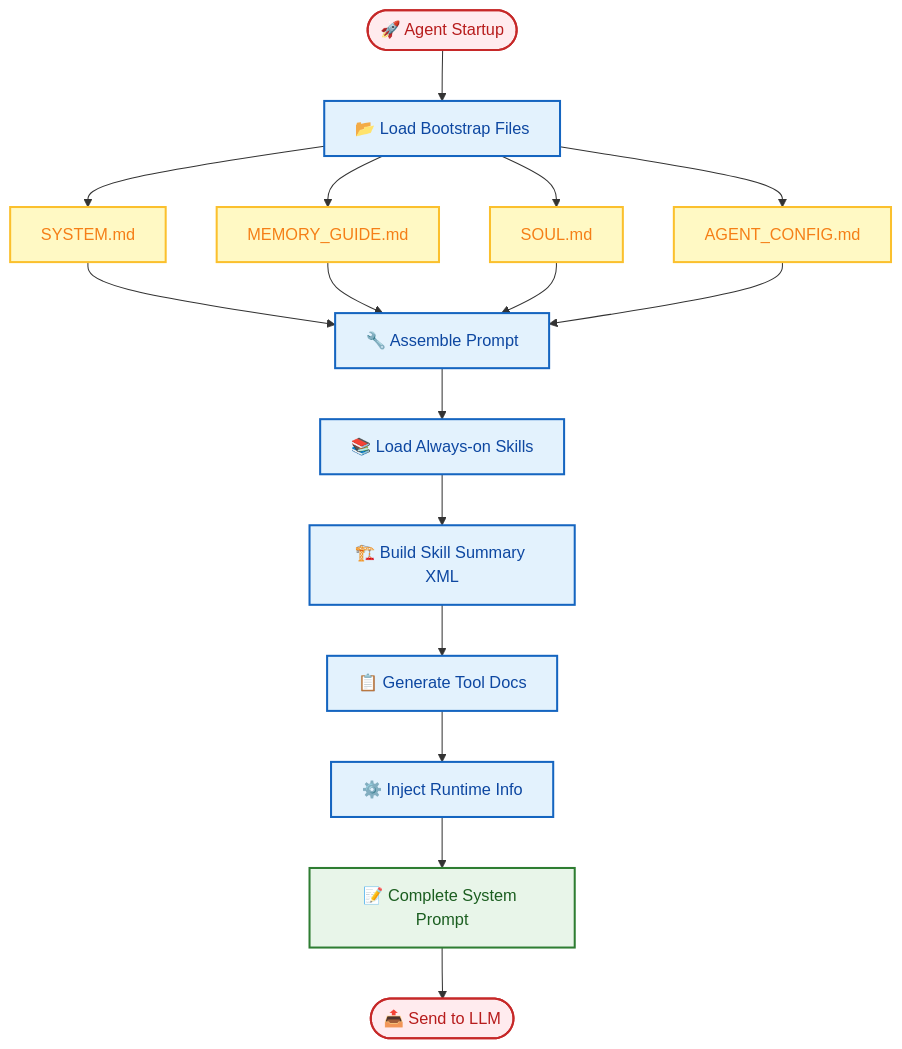
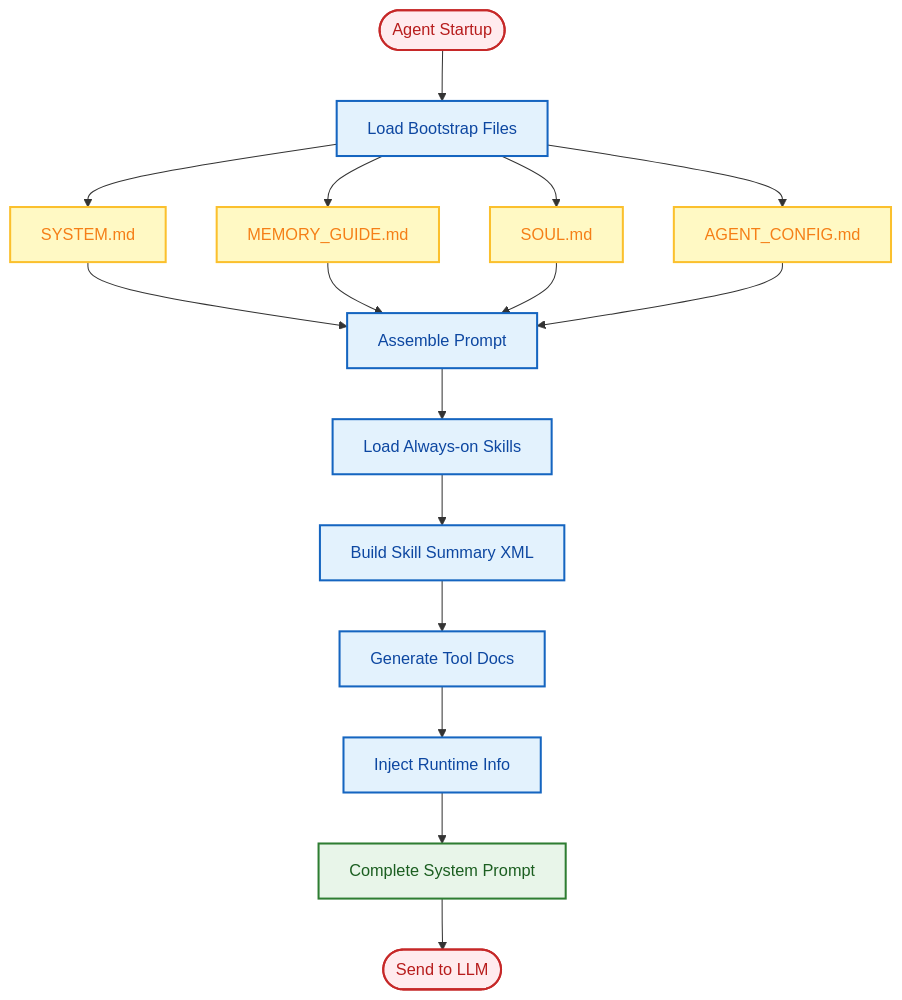
Before and after one commit to xt765/FinchBot: the eighth of 10 diagrams in docs/en-US/architecture.md, drawn with Mermaid. The commit also changed other lines of this file and 18 other files, not shown here.

First line of the commit message:
docs: 简化架构图并删除所有mermaid图中的表情包

````diff
--- a/docs/en-US/architecture.md
+++ b/docs/en-US/architecture.md
@@ -718,28 +633,27 @@
 ```mermaid
 flowchart TD
-    %% Style Definitions
     classDef startEnd fill:#ffebee,stroke:#c62828,stroke-width:2px,color:#b71c1c;
     classDef process fill:#e3f2fd,stroke:#1565c0,stroke-width:2px,color:#0d47a1;
     classDef file fill:#fff9c4,stroke:#fbc02d,stroke-width:2px,color:#f57f17;
     classDef output fill:#e8f5e9,stroke:#2e7d32,stroke-width:2px,color:#1b5e20;
 
-    A([🚀 Agent Startup]):::startEnd --> B[📂 Load Bootstrap Files]:::process
+    A([Agent Startup]):::startEnd --> B[Load Bootstrap Files]:::process
     
     B --> C[SYSTEM.md]:::file
     B --> D[MEMORY_GUIDE.md]:::file
     B --> E[SOUL.md]:::file
     B --> F[AGENT_CONFIG.md]:::file
 
-    C --> G[🔧 Assemble Prompt]:::process
+    C --> G[Assemble Prompt]:::process
     D --> G
     E --> G
     F --> G
 
-    G --> H[📚 Load Always-on Skills]:::process
-    H --> I[🏗️ Build Skill Summary XML]:::process
-    I --> J[📋 Generate Tool Docs]:::process
-    J --> K[⚙️ Inject Runtime Info]:::process
-    K --> L[📝 Complete System Prompt]:::output
+    G --> H[Load Always-on Skills]:::process
+    H --> I[Build Skill Summary XML]:::process
+    I --> J[Generate Tool Docs]:::process
+    J --> K[Inject Runtime Info]:::process
+    K --> L[Complete System Prompt]:::output
 
-    L --> M([📤 Send to LLM]):::startEnd
+    L --> M([Send to LLM]):::startEnd
 ```
````
